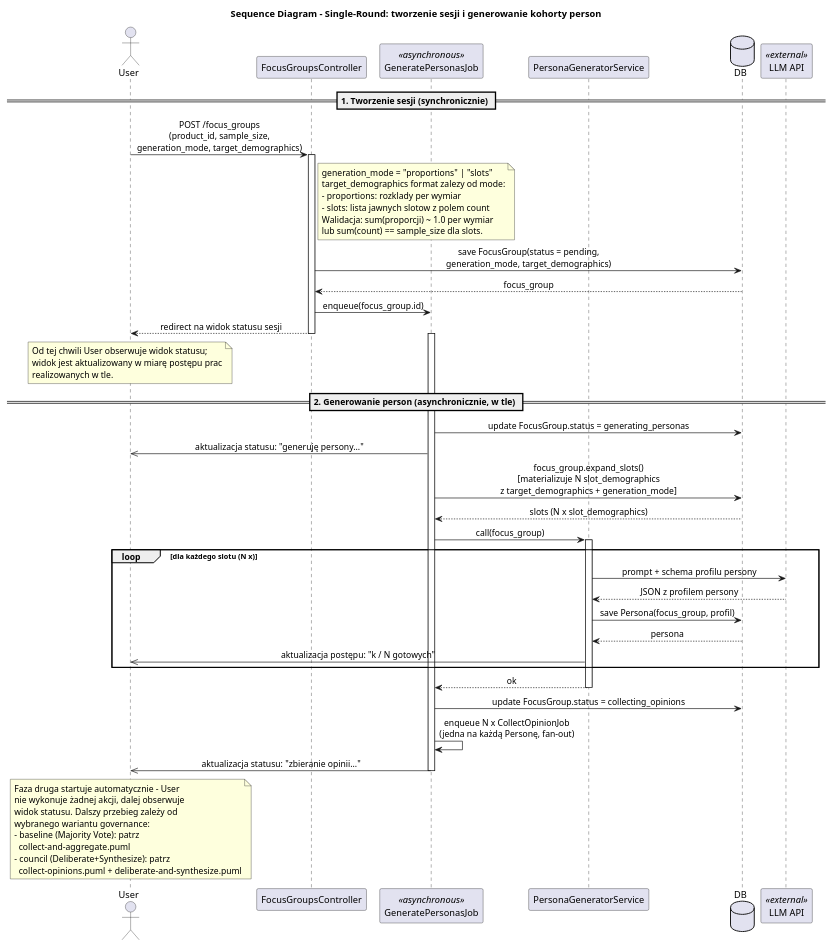
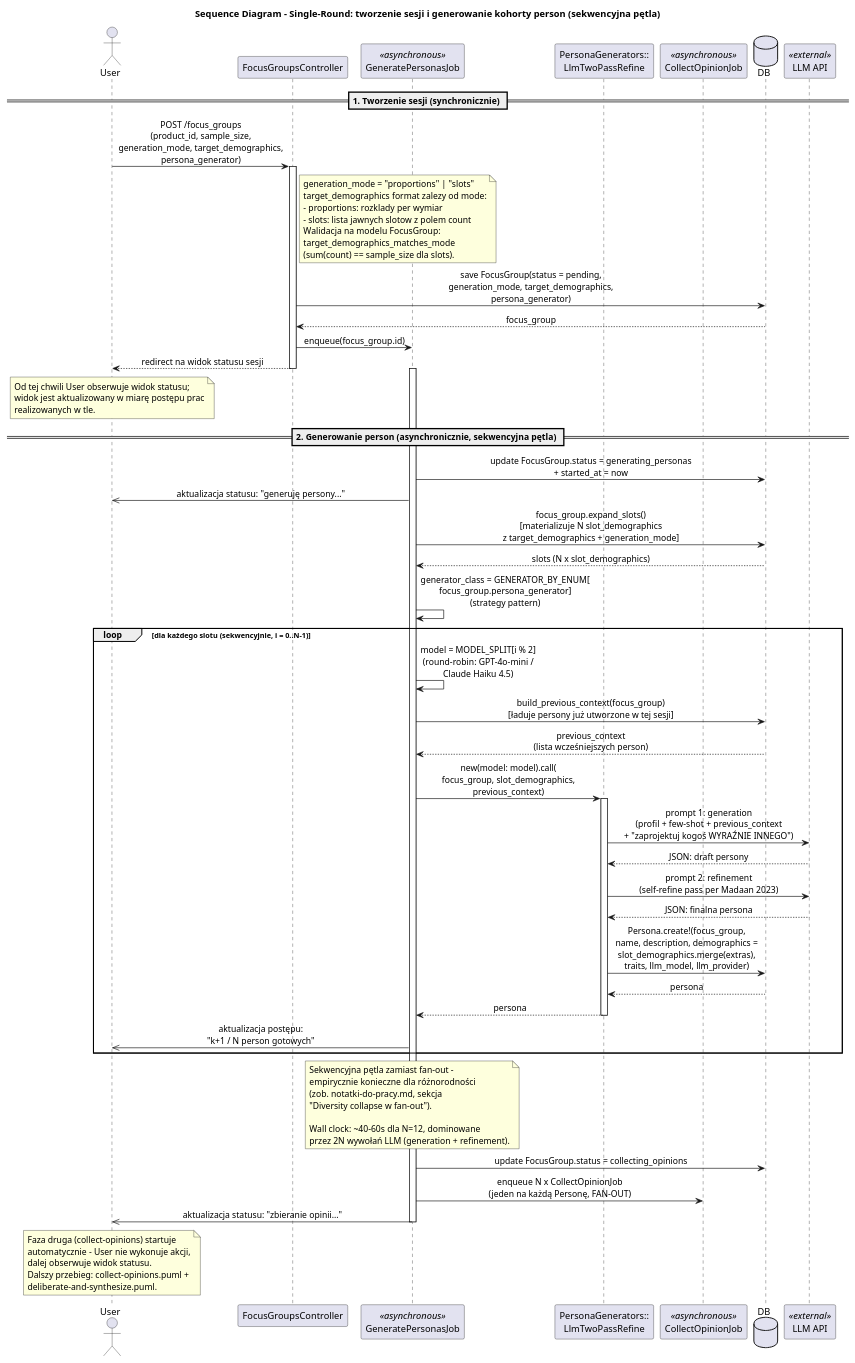
Before and after one commit to Lemcur/symulator-grup-fokusowych: the diagram in docs/single-round/create-session.puml, drawn with PlantUML. The commit also changed 3 other files, not shown here.

Commit message:
update diagrams

```diff
--- a/docs/single-round/create-session.puml
+++ b/docs/single-round/create-session.puml
@@ -1,79 +1,100 @@
 @startuml SequenceDiagram_SingleRound_CreateSession
-title Sequence Diagram - Single-Round: tworzenie sesji i generowanie kohorty person
+title Sequence Diagram - Single-Round: tworzenie sesji i generowanie kohorty person (sekwencyjna pętla)
 
 skinparam responseMessageBelowArrow true
 skinparam sequenceMessageAlign center
 
 actor User
 participant "FocusGroupsController" as Ctrl
 participant "GeneratePersonasJob" as Job <<asynchronous>>
-participant "PersonaGeneratorService" as Svc
+participant "PersonaGenerators::\nLlmTwoPassRefine" as Svc
+participant "CollectOpinionJob" as Col <<asynchronous>>
 database "DB" as DB
 participant "LLM API" as LLM <<external>>
 
 == 1. Tworzenie sesji (synchronicznie) ==
 
-User -> Ctrl : POST /focus_groups\n(product_id, sample_size,\ngeneration_mode, target_demographics)
+User -> Ctrl : POST /focus_groups\n(product_id, sample_size,\ngeneration_mode, target_demographics,\npersona_generator)
 
 note right of Ctrl
   generation_mode = "proportions" | "slots"
   target_demographics format zalezy od mode:
   - proportions: rozklady per wymiar
   - slots: lista jawnych slotow z polem count
-  Walidacja: sum(proporcji) ~ 1.0 per wymiar
-  lub sum(count) == sample_size dla slots.
+  Walidacja na modelu FocusGroup:
+  target_demographics_matches_mode
+  (sum(count) == sample_size dla slots).
 end note
 
 activate Ctrl
-Ctrl -> DB : save FocusGroup(status = pending,\ngeneration_mode, target_demographics)
+Ctrl -> DB : save FocusGroup(status = pending,\ngeneration_mode, target_demographics,\npersona_generator)
 DB --> Ctrl : focus_group
 Ctrl -> Job : enqueue(focus_group.id)
 Ctrl --> User : redirect na widok statusu sesji
 deactivate Ctrl
 
 note over User
   Od tej chwili User obserwuje widok statusu;
   widok jest aktualizowany w miarę postępu prac
   realizowanych w tle.
 end note
 
-== 2. Generowanie person (asynchronicznie, w tle) ==
+== 2. Generowanie person (asynchronicznie, sekwencyjna pętla) ==
 
 activate Job
-Job -> DB : update FocusGroup.status = generating_personas
+Job -> DB : update FocusGroup.status = generating_personas\n+ started_at = now
 Job ->> User : aktualizacja statusu: "generuję persony..."
 
 Job -> DB : focus_group.expand_slots()\n[materializuje N slot_demographics\nz target_demographics + generation_mode]
 DB --> Job : slots (N x slot_demographics)
 
-Job -> Svc : call(focus_group)
-activate Svc
+Job -> Job : generator_class = GENERATOR_BY_ENUM[\nfocus_group.persona_generator]\n(strategy pattern)
 
-loop dla każdego slotu (N x)
-  Svc -> LLM : prompt + schema profilu persony
-  LLM --> Svc : JSON z profilem persony
-  Svc -> DB : save Persona(focus_group, profil)
+loop dla każdego slotu (sekwencyjnie, i = 0..N-1)
+  Job -> Job : model = MODEL_SPLIT[i % 2]\n(round-robin: GPT-4o-mini /\nClaude Haiku 4.5)
+
+  Job -> DB : build_previous_context(focus_group)\n[ładuje persony już utworzone w tej sesji]
+  DB --> Job : previous_context\n(lista wcześniejszych person)
+
+  Job -> Svc : new(model: model).call(\nfocus_group, slot_demographics,\nprevious_context)
+  activate Svc
+
+  Svc -> LLM : prompt 1: generation\n(profil + few-shot + previous_context\n+ "zaprojektuj kogoś WYRAŹNIE INNEGO")
+  LLM --> Svc : JSON: draft persony
+
+  Svc -> LLM : prompt 2: refinement\n(self-refine pass per Madaan 2023)
+  LLM --> Svc : JSON: finalna persona
+
+  Svc -> DB : Persona.create!(focus_group,\nname, description, demographics =\nslot_demographics.merge(extras),\ntraits, llm_model, llm_provider)
   DB --> Svc : persona
-  Svc ->> User : aktualizacja postępu: "k / N gotowych"
+
+  Svc --> Job : persona
+  deactivate Svc
+
+  Job ->> User : aktualizacja postępu:\n"k+1 / N person gotowych"
 end
 
-Svc --> Job : ok
-deactivate Svc
+note over Job
+  Sekwencyjna pętla zamiast fan-out -
+  empirycznie konieczne dla różnorodności
+  (zob. notatki-do-pracy.md, sekcja
+  "Diversity collapse w fan-out").
+
+  Wall clock: ~40-60s dla N=12, dominowane
+  przez 2N wywołań LLM (generation + refinement).
+end note
 
 Job -> DB : update FocusGroup.status = collecting_opinions
-Job -> Job : enqueue N x CollectOpinionJob\n(jedna na każdą Personę, fan-out)
+Job -> Col : enqueue N x CollectOpinionJob\n(jeden na każdą Personę, FAN-OUT)
 Job ->> User : aktualizacja statusu: "zbieranie opinii..."
 deactivate Job
 
 note over User
-  Faza druga startuje automatycznie - User
-  nie wykonuje żadnej akcji, dalej obserwuje
-  widok statusu. Dalszy przebieg zależy od
-  wybranego wariantu governance:
-  - baseline (Majority Vote): patrz
-    collect-and-aggregate.puml
-  - council (Deliberate+Synthesize): patrz
-    collect-opinions.puml + deliberate-and-synthesize.puml
+  Faza druga (collect-opinions) startuje
+  automatycznie - User nie wykonuje akcji,
+  dalej obserwuje widok statusu.
+  Dalszy przebieg: collect-opinions.puml +
+  deliberate-and-synthesize.puml.
 end note
 
 @enduml
```
